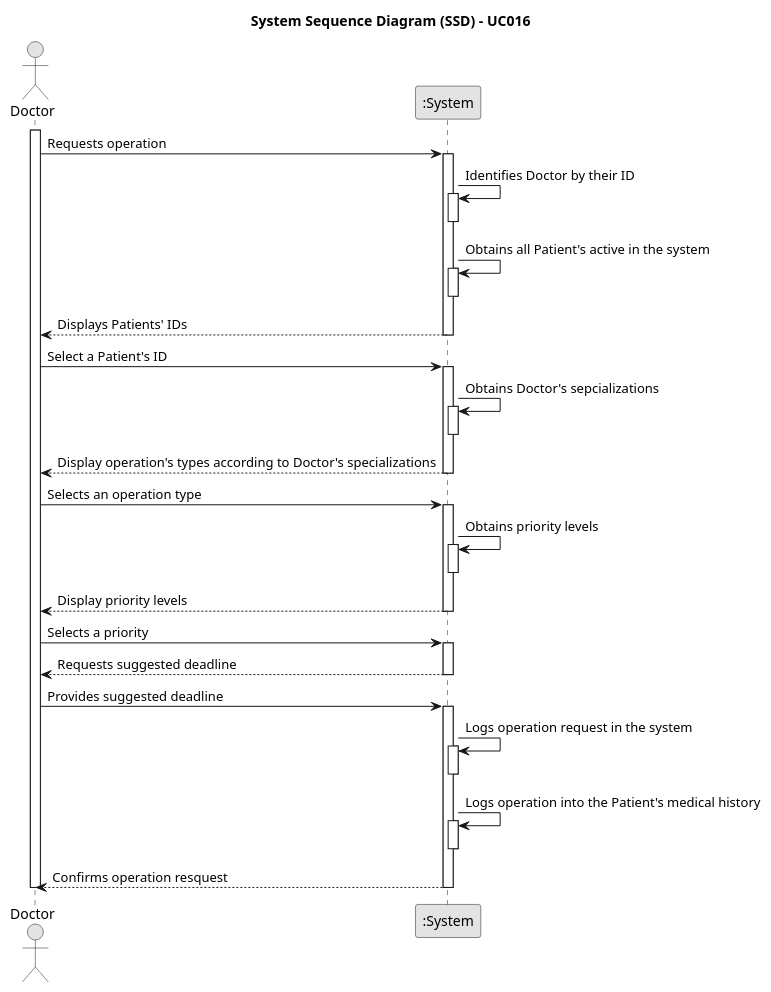
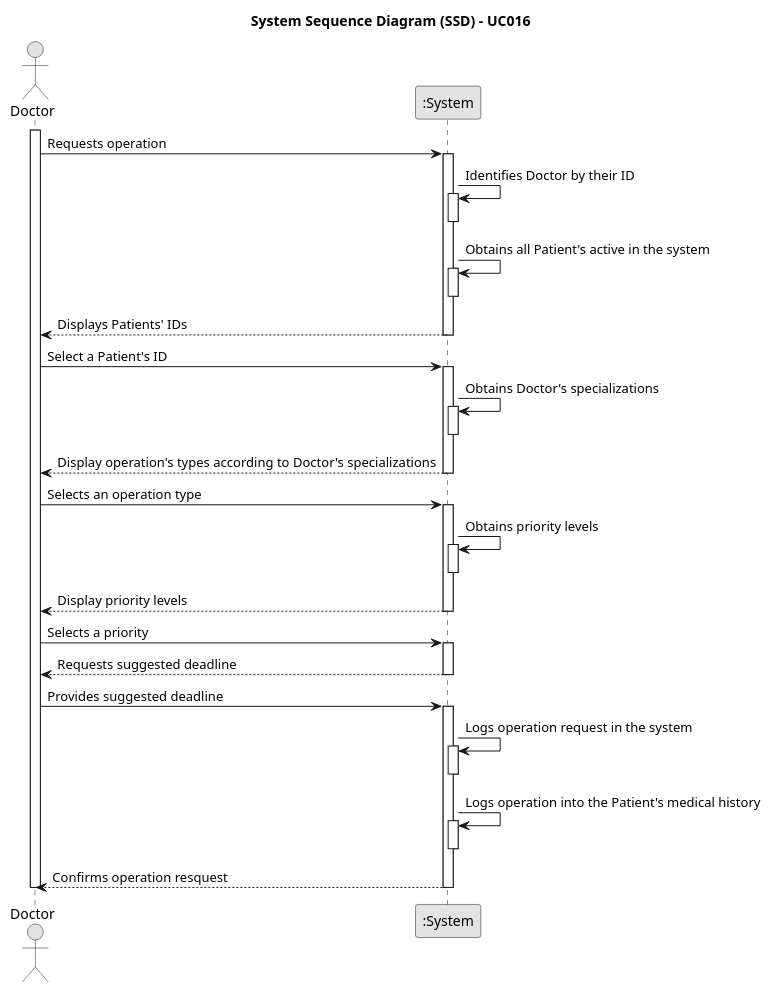
Before and after one commit to 1221124/sem5pi-24-25-g031: the diagram in docs/SprintA/UseCases/UC016/01.requirements-engineering/puml/uc016-system-sequence-diagram.puml, drawn with PlantUML. The commit also changed 1 other file, not shown here.

```diff
--- a/docs/SprintA/UseCases/UC016/01.requirements-engineering/puml/uc016-system-sequence-diagram.puml
+++ b/docs/SprintA/UseCases/UC016/01.requirements-engineering/puml/uc016-system-sequence-diagram.puml
@@ -1,64 +1,64 @@
 @startuml "uc016-system-sequence-diagram"
 skinparam monochrome true
 skinparam packageStyle rectangle
 skinparam shadowing false
 
 title System Sequence Diagram (SSD) - UC016
 actor Doctor as Doc
 participant ":System" as Sys
 
 activate Doc
     Doc -> Sys: Requests operation
     
     activate Sys
         Sys -> Sys : Identifies Doctor by their ID
         activate Sys
             deactivate Sys
 
         Sys -> Sys : Obtains all Patient's active in the system
         activate Sys    
             deactivate Sys
         
         Sys --> Doc : Displays Patients' IDs
         deactivate Sys
 
     Doc -> Sys : Select a Patient's ID
 
     activate Sys
-        Sys -> Sys : Obtains Doctor's sepcializations
+        Sys -> Sys : Obtains Doctor's specializations
         activate Sys
             deactivate Sys
 
         Sys --> Doc : Display operation's types according to Doctor's specializations
         deactivate Sys 
     
     Doc -> Sys : Selects an operation type
     activate Sys
         Sys -> Sys : Obtains priority levels
         activate Sys
             deactivate Sys
 
         Sys --> Doc : Display priority levels
         deactivate Sys
     
     Doc -> Sys : Selects a priority
     activate Sys
         Sys --> Doc : Requests suggested deadline
         deactivate Sys
 
     Doc -> Sys : Provides suggested deadline
     activate Sys
 
         Sys -> Sys : Logs operation request in the system
         activate Sys
             deactivate Sys
 
         Sys -> Sys :  Logs operation into the Patient's medical history
         activate Sys
             deactivate Sys
 
         Sys --> Doc : Confirms operation resquest
         deactivate Sys
 deactivate Doc
 
 @enduml
```
